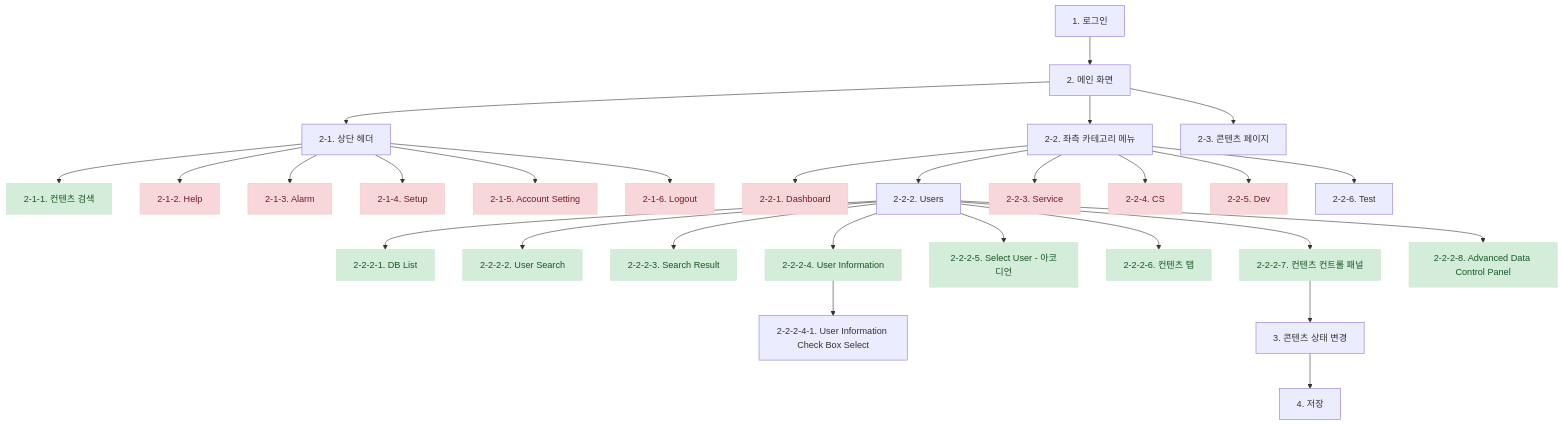
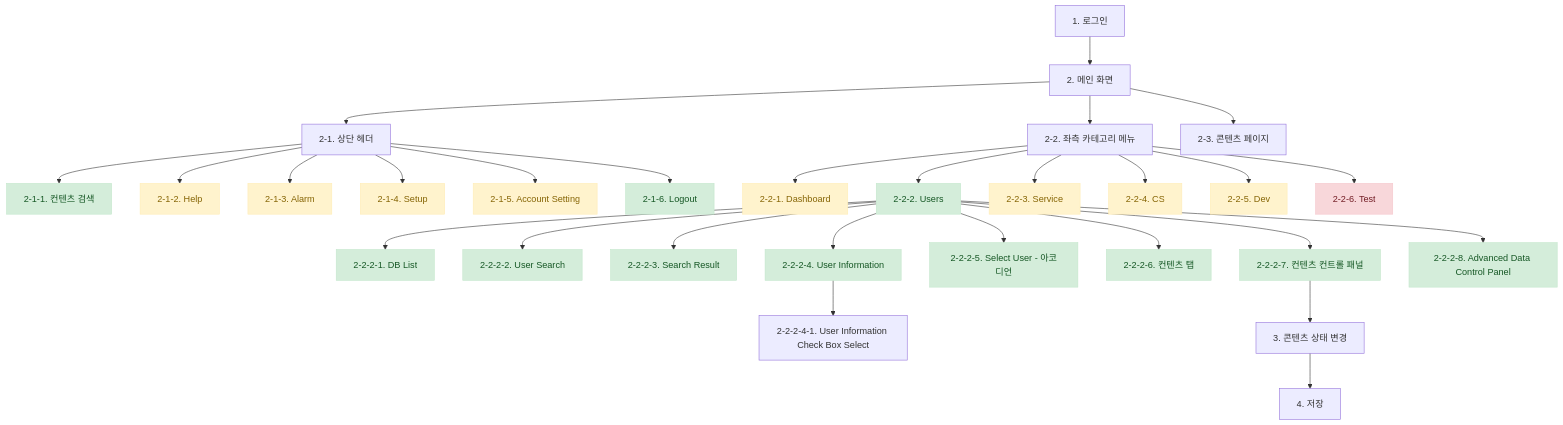
Before and after one commit to KWANGSOOSHIN-Zergtic/game-service-manager: the diagram in docs/gm-tool-design.md, drawn with Mermaid. The commit also changed other lines of this file and 2 other files, not shown here.

````diff
--- a/docs/gm-tool-design.md
+++ b/docs/gm-tool-design.md
@@ -29,40 +29,42 @@
 ```mermaid
 flowchart TD
     A[1. 로그인] --> B[2. 메인 화면]
     B --> B1[2-1. 상단 헤더]
     B --> B2[2-2. 좌측 카테고리 메뉴]
     B --> B3[2-3. 콘텐츠 페이지]
     
     B1 --> B11[2-1-1. 컨텐츠 검색]
     B1 --> B12[2-1-2. Help]
     B1 --> B13[2-1-3. Alarm]
     B1 --> B14[2-1-4. Setup]
     B1 --> B15[2-1-5. Account Setting]
     B1 --> B16[2-1-6. Logout]
     
     B2 --> B21[2-2-1. Dashboard]
     B2 --> B22[2-2-2. Users]
     B2 --> B23[2-2-3. Service]
     B2 --> B24[2-2-4. CS]
     B2 --> B25[2-2-5. Dev]
     B2 --> B26[2-2-6. Test]
     
     B22 --> C221[2-2-2-1. DB List]
     B22 --> C222[2-2-2-2. User Search]
     B22 --> C223[2-2-2-3. Search Result]
     B22 --> C224[2-2-2-4. User Information]
     C224 --> C2241[2-2-2-4-1. User Information Check Box Select]
     B22 --> C225[2-2-2-5. Select User - 아코디언]
     B22 --> C226[2-2-2-6. 컨텐츠 탭]
     B22 --> C227[2-2-2-7. 컨텐츠 컨트롤 패널]
     B22 --> C228[2-2-2-8. Advanced Data Control Panel]
     
     C227 --> D[3. 콘텐츠 상태 변경]
     D --> E[4. 저장]
     
-    class B11,C221,C222,C223,C224,C225,C226,C227,C228 implemented;
-    class B12,B13,B14,B15,B16,B21,B23,B24,B25 notImplemented;
+    class B11,B16,B22,C221,C222,C223,C224,C225,C226,C227,C228 implemented;
+    class B12,B13,B14,B15,B21,B23,B24,B25 inProgress;
+    class B26 notImplemented;
     
     classDef implemented fill:#d4edda,stroke:#c3e6cb,color:#155724;
+    classDef inProgress fill:#fff3cd,stroke:#ffecb5,color:#856404;
     classDef notImplemented fill:#f8d7da,stroke:#f5c6cb,color:#721c24;
 ```
````
